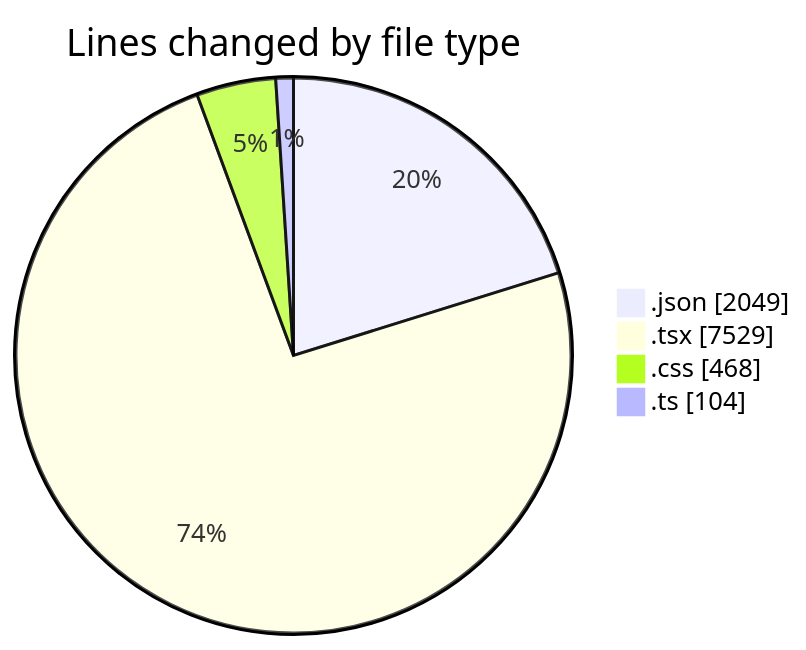
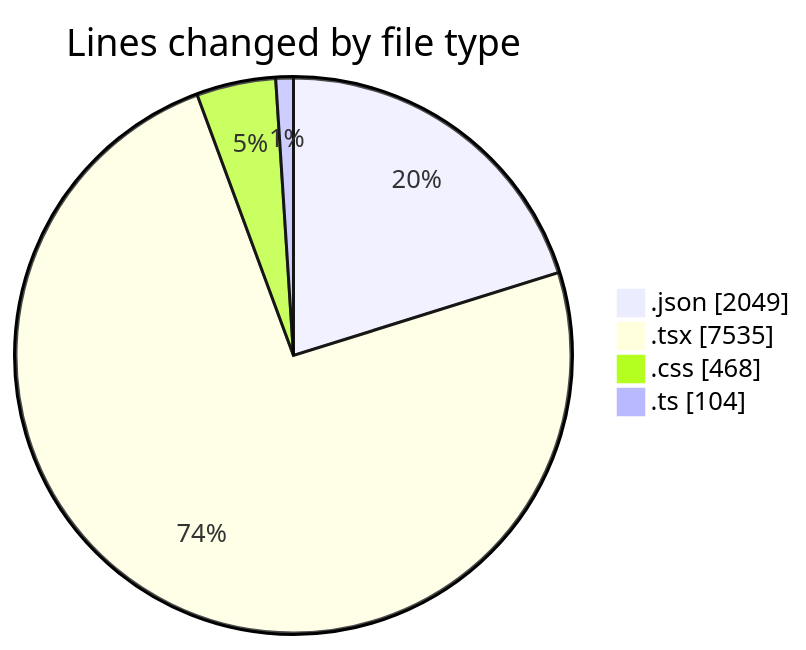
Before and after one commit to EIIisD/code-tracking: the first of 2 diagrams in 2025-08-14/ribbon/README.md, drawn with Mermaid. The commit also changed other lines of this file and 1 other file, not shown here.

````diff
--- a/2025-08-14/ribbon/README.md
+++ b/2025-08-14/ribbon/README.md
@@ -30,8 +30,8 @@
 ```mermaid
 pie showData
 title Lines changed by file type
 ".json" : 2049
-".tsx" : 7529
+".tsx" : 7535
 ".css" : 468
 ".ts" : 104
 ```
````
